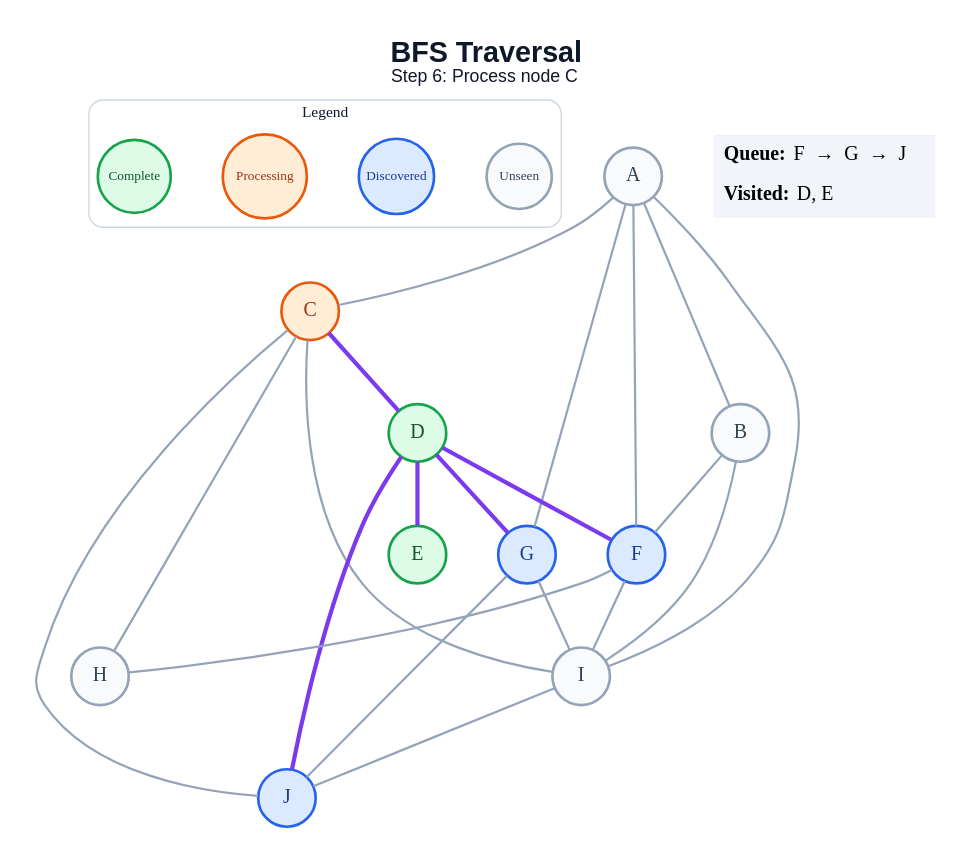
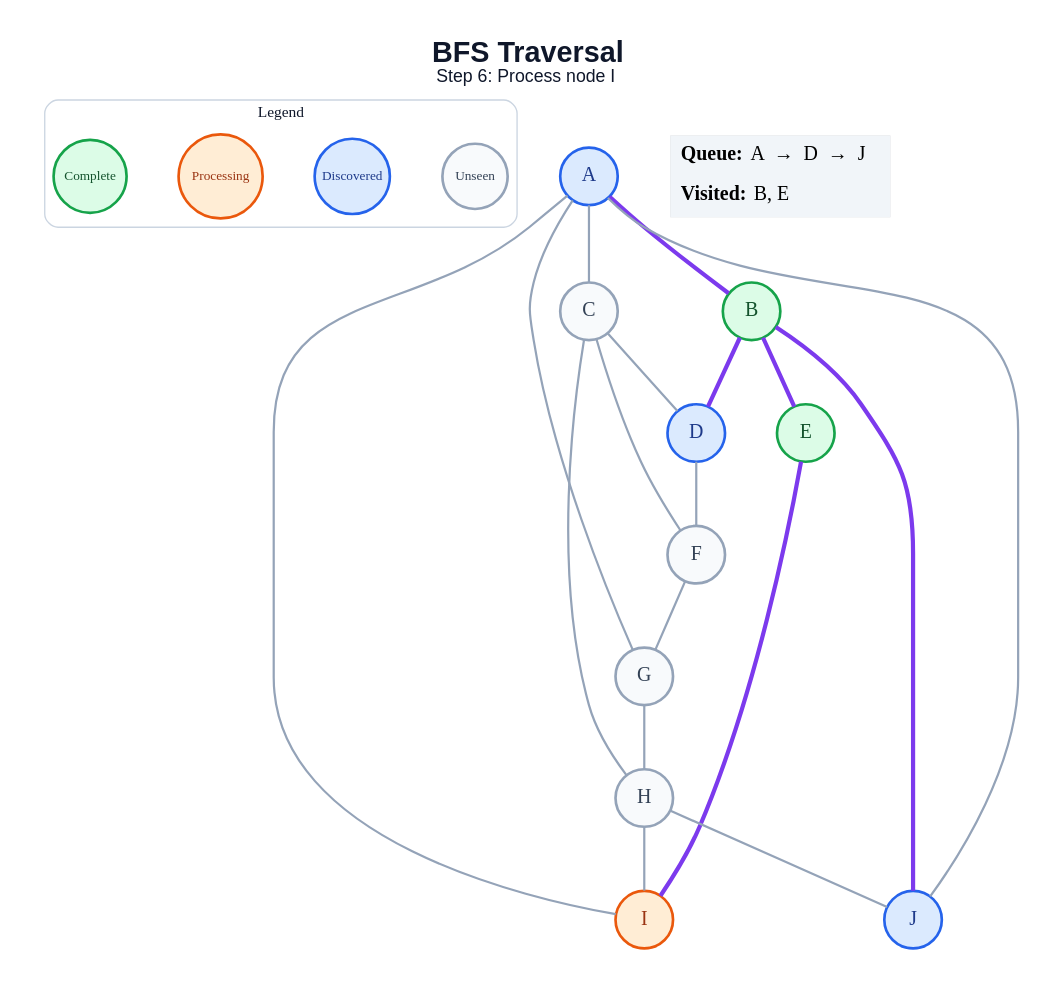
One commit to amanghodawala9/ai-slop changed the diagram in generated/specific-node/bfs/step_06.dot. Above: the diagram before and after it, drawn with Graphviz. The commit also changed 178 other files, not shown here.

```diff
--- a/generated/specific-node/bfs/step_06.dot
+++ b/generated/specific-node/bfs/step_06.dot
@@ -1,49 +1,46 @@
 graph traversal {
   graph [layout=dot, rankdir=TB, bgcolor="#FFFFFF", pad="0.35", nodesep="0.65", ranksep="0.8", fontname="Arial"];
   node [shape=circle, style="filled", fontname="Arial Bold", fontsize=18, width=0.72, fixedsize=true, penwidth=2.4];
   edge [color="#94A3B8", penwidth=2.0];
-  label=<<B>BFS Traversal</B><BR/><FONT POINT-SIZE="16">Step 6: Process node C</FONT>>; labelloc="t"; fontsize=26; fontname="Arial"; fontcolor="#0F172A";
+  label=<<B>BFS Traversal</B><BR/><FONT POINT-SIZE="16">Step 6: Process node I</FONT>>; labelloc="t"; fontsize=26; fontname="Arial"; fontcolor="#0F172A";
   subgraph cluster_legend { label="Legend"; color="#CBD5E1"; penwidth=1.2; style="rounded"; fontsize=14; fontname="Arial Bold";
     key_unseen [label="Unseen", fillcolor="#F8FAFC", color="#94A3B8", fontcolor="#334155", fontsize=12, width=0.82];
     key_frontier [label="Discovered", fillcolor="#DBEAFE", color="#2563EB", fontcolor="#1E3A8A", fontsize=12, width=0.95];
     key_current [label="Processing", fillcolor="#FFEDD5", color="#EA580C", fontcolor="#9A3412", fontsize=12, width=1.05];
     key_done [label="Complete", fillcolor="#DCFCE7", color="#16A34A", fontcolor="#14532D", fontsize=12, width=0.92];
     { rank=same; key_unseen; key_frontier; key_current; key_done; }
   }
-  A [fillcolor="#F8FAFC", color="#94A3B8", fontcolor="#334155"];
-  B [fillcolor="#F8FAFC", color="#94A3B8", fontcolor="#334155"];
-  C [fillcolor="#FFEDD5", color="#EA580C", fontcolor="#9A3412"];
-  D [fillcolor="#DCFCE7", color="#16A34A", fontcolor="#14532D"];
+  A [fillcolor="#DBEAFE", color="#2563EB", fontcolor="#1E3A8A"];
+  B [fillcolor="#DCFCE7", color="#16A34A", fontcolor="#14532D"];
+  C [fillcolor="#F8FAFC", color="#94A3B8", fontcolor="#334155"];
+  D [fillcolor="#DBEAFE", color="#2563EB", fontcolor="#1E3A8A"];
   E [fillcolor="#DCFCE7", color="#16A34A", fontcolor="#14532D"];
-  F [fillcolor="#DBEAFE", color="#2563EB", fontcolor="#1E3A8A"];
-  G [fillcolor="#DBEAFE", color="#2563EB", fontcolor="#1E3A8A"];
+  F [fillcolor="#F8FAFC", color="#94A3B8", fontcolor="#334155"];
+  G [fillcolor="#F8FAFC", color="#94A3B8", fontcolor="#334155"];
   H [fillcolor="#F8FAFC", color="#94A3B8", fontcolor="#334155"];
-  I [fillcolor="#F8FAFC", color="#94A3B8", fontcolor="#334155"];
+  I [fillcolor="#FFEDD5", color="#EA580C", fontcolor="#9A3412"];
   J [fillcolor="#DBEAFE", color="#2563EB", fontcolor="#1E3A8A"];
-  A -- B;
+  A -- B [color="#7C3AED", penwidth=3.8];
   A -- C;
-  A -- F;
   A -- G;
   A -- I;
-  B -- F;
-  B -- I;
-  C -- D [color="#7C3AED", penwidth=3.8];
+  A -- J;
+  B -- D [color="#7C3AED", penwidth=3.8];
+  B -- E [color="#7C3AED", penwidth=3.8];
+  B -- J [color="#7C3AED", penwidth=3.8];
+  C -- D;
+  C -- F;
   C -- H;
-  C -- I;
-  C -- J;
-  D -- E [color="#7C3AED", penwidth=3.8];
-  D -- F [color="#7C3AED", penwidth=3.8];
-  D -- G [color="#7C3AED", penwidth=3.8];
-  D -- J [color="#7C3AED", penwidth=3.8];
-  F -- H;
-  F -- I;
-  G -- I;
-  G -- J;
-  I -- J;
+  D -- F;
+  E -- I [color="#7C3AED", penwidth=3.8];
+  F -- G;
+  G -- H;
+  H -- I;
+  H -- J;
   status [shape=plain, fixedsize=false, width=0, height=0, margin=0, label=<
     <TABLE BORDER="0" CELLBORDER="0" CELLPADDING="7" BGCOLOR="#F1F5F9">
-      <TR><TD ALIGN="LEFT"><B>Queue:</B> F  →  G  →  J</TD></TR>
-      <TR><TD ALIGN="LEFT"><B>Visited:</B> D, E</TD></TR>
+      <TR><TD ALIGN="LEFT"><B>Queue:</B> A  →  D  →  J</TD></TR>
+      <TR><TD ALIGN="LEFT"><B>Visited:</B> B, E</TD></TR>
     </TABLE>
   >];
 }
```
